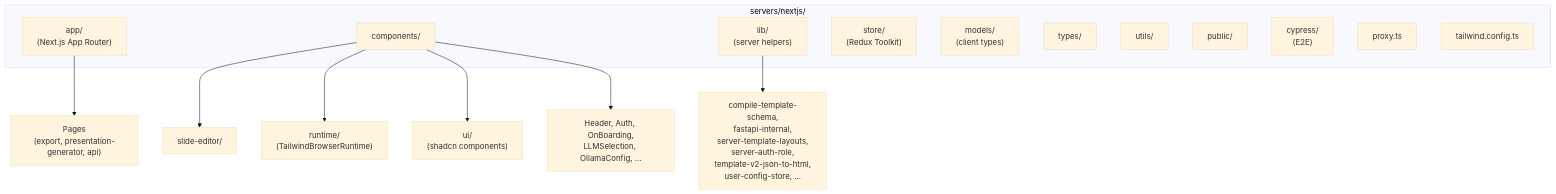
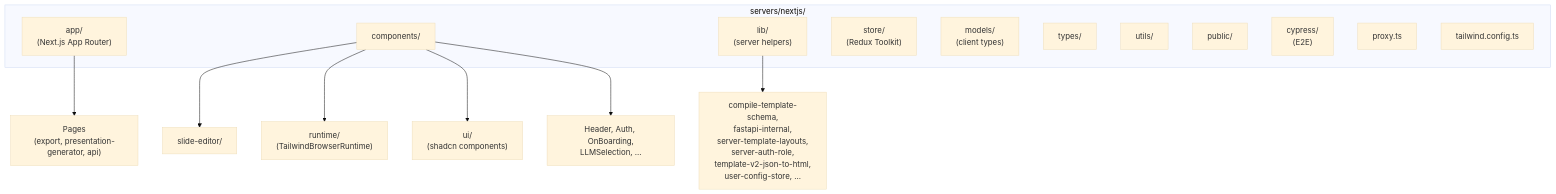
One commit to xuanthai-work/presenton-gapo changed the first of 9 diagrams in docs/architecture/04-level-nextjs.md. Above: the diagram before and after it, drawn with Mermaid (base theme). The commit also changed other lines of this file and 120 other files, not shown here.

````diff
--- a/docs/architecture/04-level-nextjs.md
+++ b/docs/architecture/04-level-nextjs.md
@@ -5,24 +5,24 @@
 ```mermaid
 graph TB
     subgraph NextJS["servers/nextjs/"]
         AppDir["app/<br/>(Next.js App Router)"]
         Components["components/"]
         Lib["lib/<br/>(server helpers)"]
         Store["store/<br/>(Redux Toolkit)"]
         Models["models/<br/>(client types)"]
         Types["types/"]
         Utils["utils/"]
         Public["public/"]
         Cypress["cypress/<br/>(E2E)"]
         Proxy["proxy.ts"]
         Tailwind["tailwind.config.ts"]
     end
 
     AppDir --> Pages["Pages<br/>(export, presentation-generator, api)"]
     Components --> SlideEditor["slide-editor/"]
     Components --> Runtime["runtime/<br/>(TailwindBrowserRuntime)"]
     Components --> Ui["ui/<br/>(shadcn components)"]
-    Components --> Features["Header, Auth, OnBoarding,<br/>LLMSelection, OllamaConfig, ..."]
+    Components --> Features["Header, Auth, OnBoarding,<br/>LLMSelection, ..."]
 
     Lib --> ServerHelpers["compile-template-schema,<br/>fastapi-internal,<br/>server-template-layouts,<br/>server-auth-role,<br/>template-v2-json-to-html,<br/>user-config-store, ..."]
 ```
````
